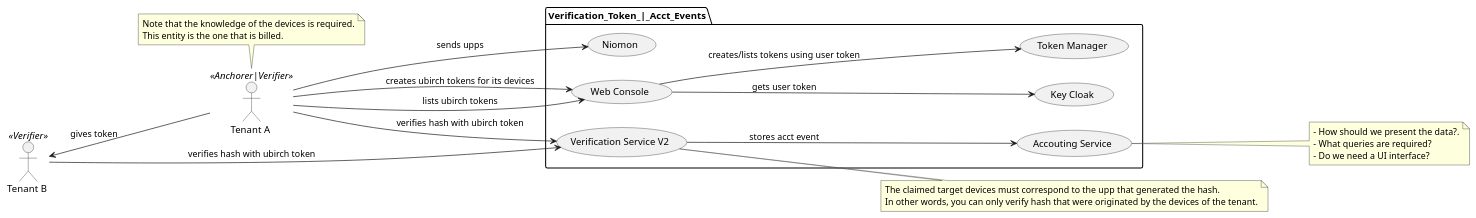
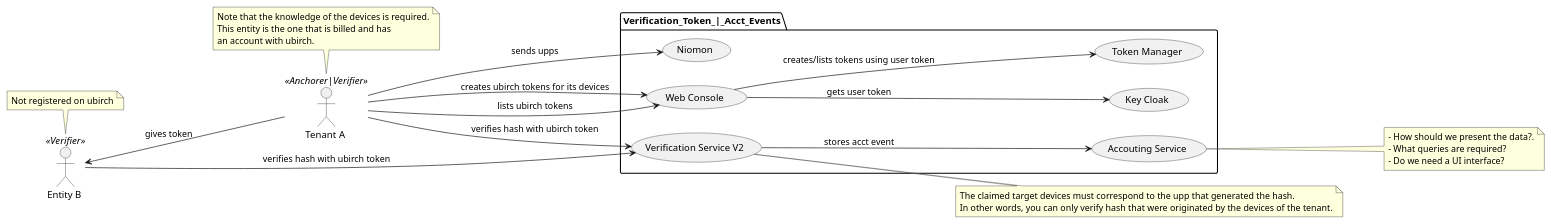
The diagram in event-log-verification-service/verification_tokens_case_1.puml (ubirch/ubirch-event-log), drawn with PlantUML before and after one commit. The commit also changed 7 other files, not shown here.

```diff
--- a/event-log-verification-service/verification_tokens_case_1.puml
+++ b/event-log-verification-service/verification_tokens_case_1.puml
@@ -1,44 +1,49 @@
 @startuml
 left to right direction
 actor :Tenant A : as A <<Anchorer|Verifier>>
-actor :Tenant B : as B <<Verifier>>
+actor :Entity B : as B <<Verifier>>
 
 package Verification_Token_|_Acct_Events {
   usecase "Token Manager" as token_manager
   usecase "Verification Service V2" as verification_service
   usecase "Accouting Service" as acct_service
   usecase "Key Cloak" as keycloak
   usecase "Web Console" as web_console
   usecase "Niomon" as niomon
 }
 
 note right of acct_service
  - How should we present the data?.
  - What queries are required?
  - Do we need a UI interface?
 end note
 
 note top of A
  Note that the knowledge of the devices is required.
- This entity is the one that is billed.
+ This entity is the one that is billed and has
+ an account with ubirch.
+end note
+
+note top of B
+ Not registered on ubirch
 end note
 
 note right of verification_service
  The claimed target devices must correspond to the upp that generated the hash.
  In other words, you can only verify hash that were originated by the devices of the tenant.
 end note
 
 web_console --> keycloak: gets user token
 web_console --> token_manager: creates/lists tokens using user token
 verification_service --> acct_service: stores acct event
 
 A --> web_console: creates ubirch tokens for its devices
 A --> web_console: lists ubirch tokens
 A --> niomon: sends upps
 A --> verification_service: verifies hash with ubirch token
 
 B --> verification_service: verifies hash with ubirch token
 B <-- A: gives token
 
 
 @enduml
```
